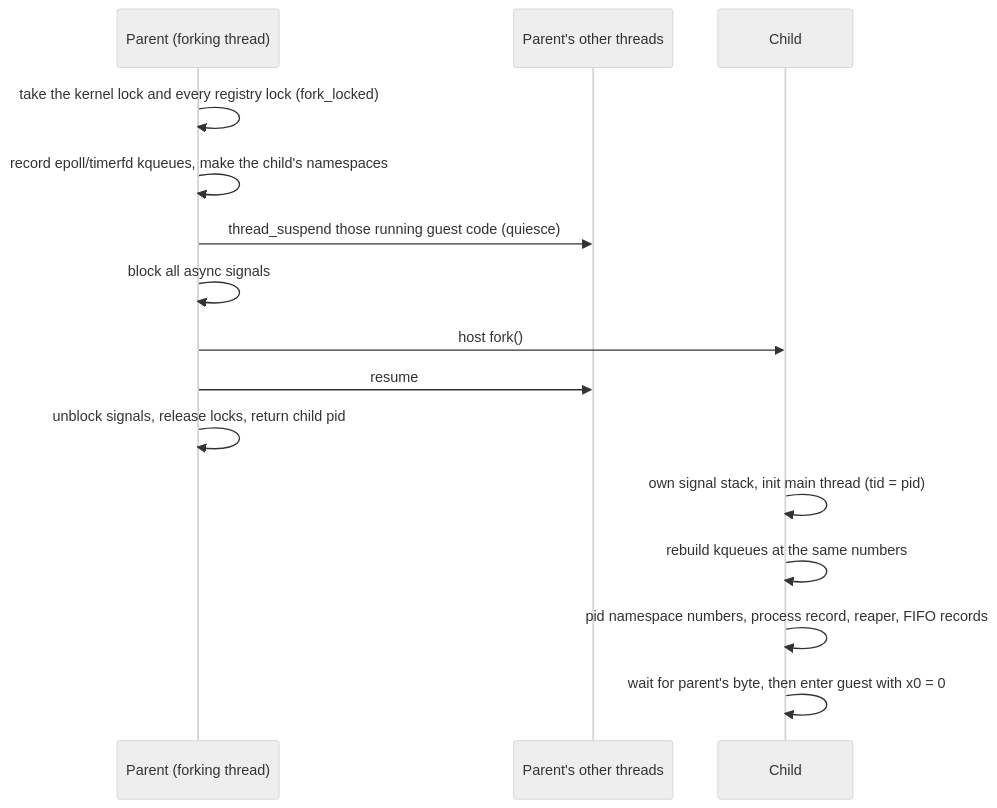
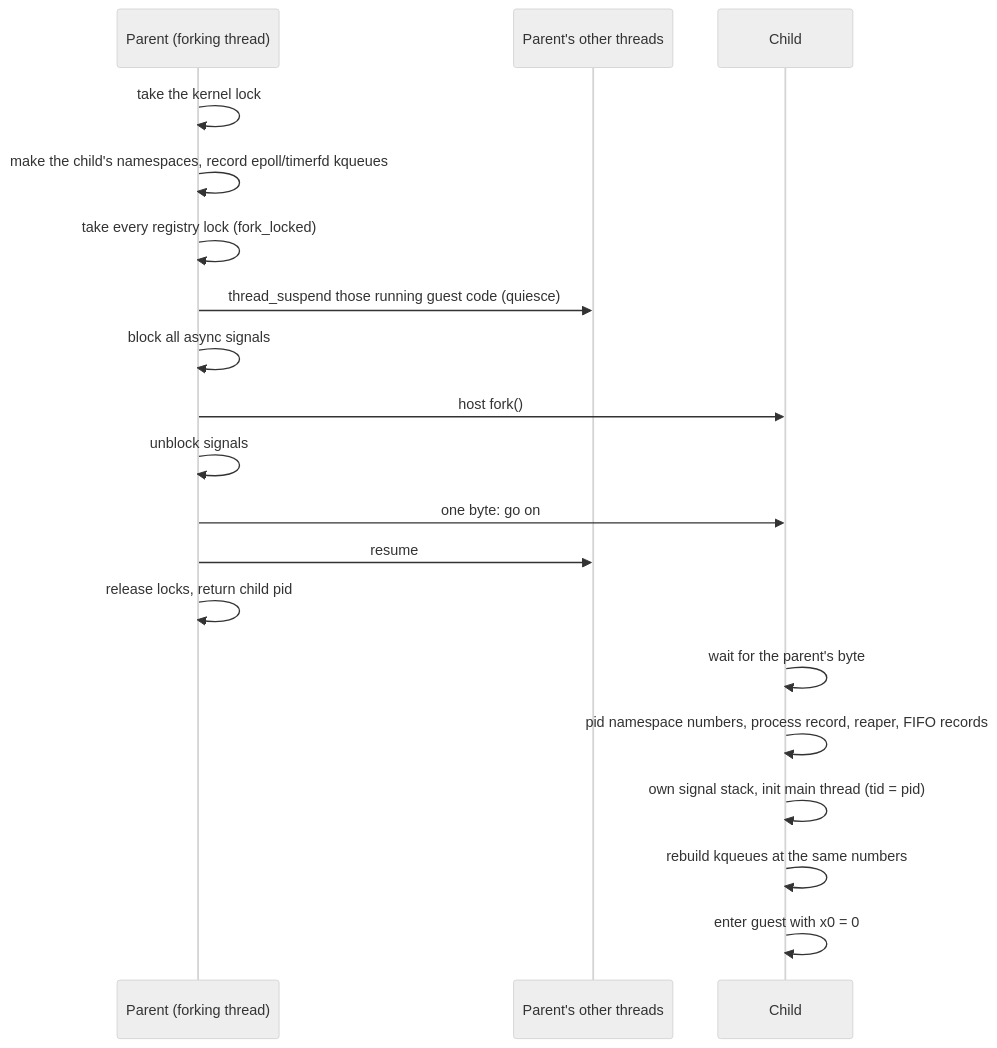
The fifth of 9 diagrams in docs/linux-on-macos.md (e6qu/fun-with-emulators), drawn with Mermaid (neutral theme) before and after one commit. The commit also changed other lines of this file and 1 other file, not shown here.

Commit message:
docs: fix the fork and execve diagrams, translated-range edges and clone errors

````diff
--- a/docs/linux-on-macos.md
+++ b/docs/linux-on-macos.md
@@ -297,17 +297,21 @@
 ```mermaid
 sequenceDiagram
     participant P as Parent (forking thread)
     participant T as Parent's other threads
     participant C as Child
-    P->>P: take the kernel lock and every registry lock (fork_locked)
-    P->>P: record epoll/timerfd kqueues, make the child's namespaces
+    P->>P: take the kernel lock
+    P->>P: make the child's namespaces, record epoll/timerfd kqueues
+    P->>P: take every registry lock (fork_locked)
     P->>T: thread_suspend those running guest code (quiesce)
     P->>P: block all async signals
     P->>C: host fork()
+    P->>P: unblock signals
+    P->>C: one byte: go on
     P->>T: resume
-    P->>P: unblock signals, release locks, return child pid
+    P->>P: release locks, return child pid
+    C->>C: wait for the parent's byte
+    C->>C: pid namespace numbers, process record, reaper, FIFO records
     C->>C: own signal stack, init main thread (tid = pid)
     C->>C: rebuild kqueues at the same numbers
-    C->>C: pid namespace numbers, process record, reaper, FIFO records
-    C->>C: wait for parent's byte, then enter guest with x0 = 0
+    C->>C: enter guest with x0 = 0
 ```
````
